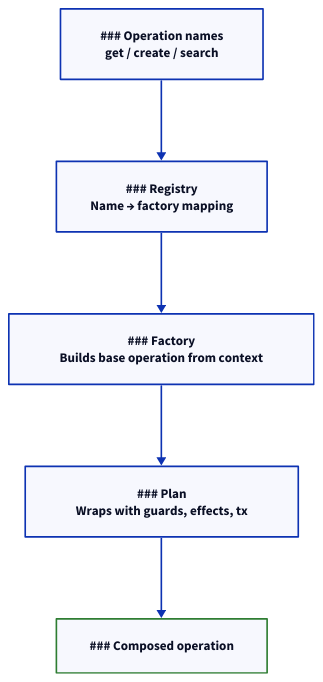
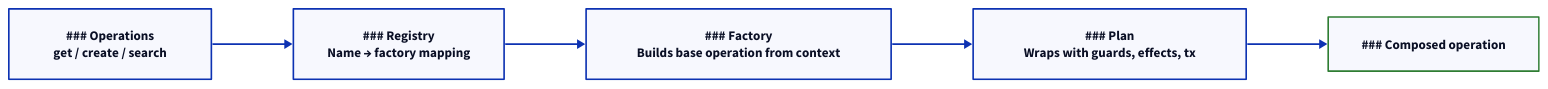
One commit to morzecrew/forze changed the diagram in pages/diagrams/operation-registry.d2. Above: the diagram before and after it, drawn with D2. The commit also changed 21 other files, not shown here.

```diff
--- a/pages/diagrams/operation-registry.d2
+++ b/pages/diagrams/operation-registry.d2
@@ -1,45 +1,47 @@
 # Operation registry and plan resolution
 
 style: {
     fill: transparent
 }
 
 vars: {
     d2-config: {
         pad: 50
     }
 }
 
+direction: right
+
 Names: |md
-    ### Operation names
+    ### Operations
     get / create / search
 |
 Names.shape: rectangle
 
 Registry: |md
     ### Registry
     Name → factory mapping
 |
 Registry.shape: rectangle
 
 Factory: |md
     ### Factory
     Builds base operation from context
 |
 Factory.shape: rectangle
 
 Plan: |md
     ### Plan
     Wraps with guards, effects, tx
 |
 Plan.shape: rectangle
 
 Composed: |md
     ### Composed operation
 |
 Composed.shape: rectangle
 Composed.style: {
     stroke: "#2e7d32"
 }
 
 Names -> Registry -> Factory -> Plan -> Composed
```
